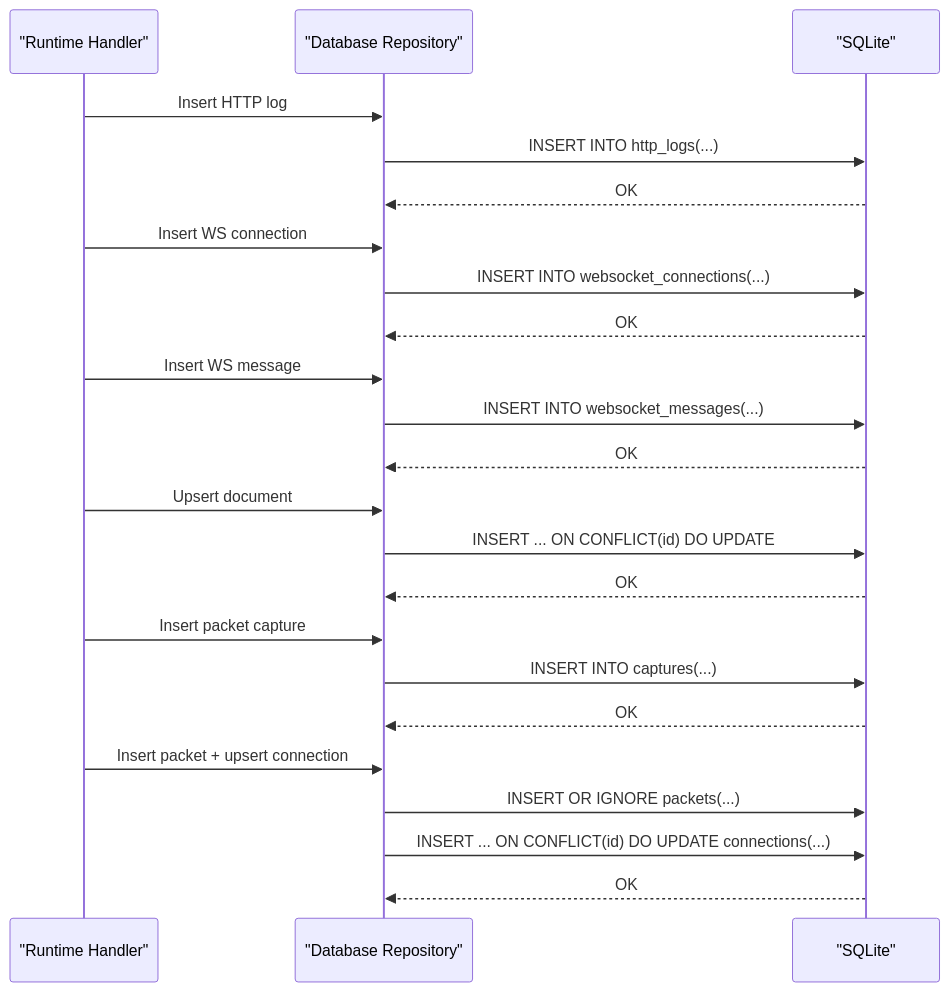
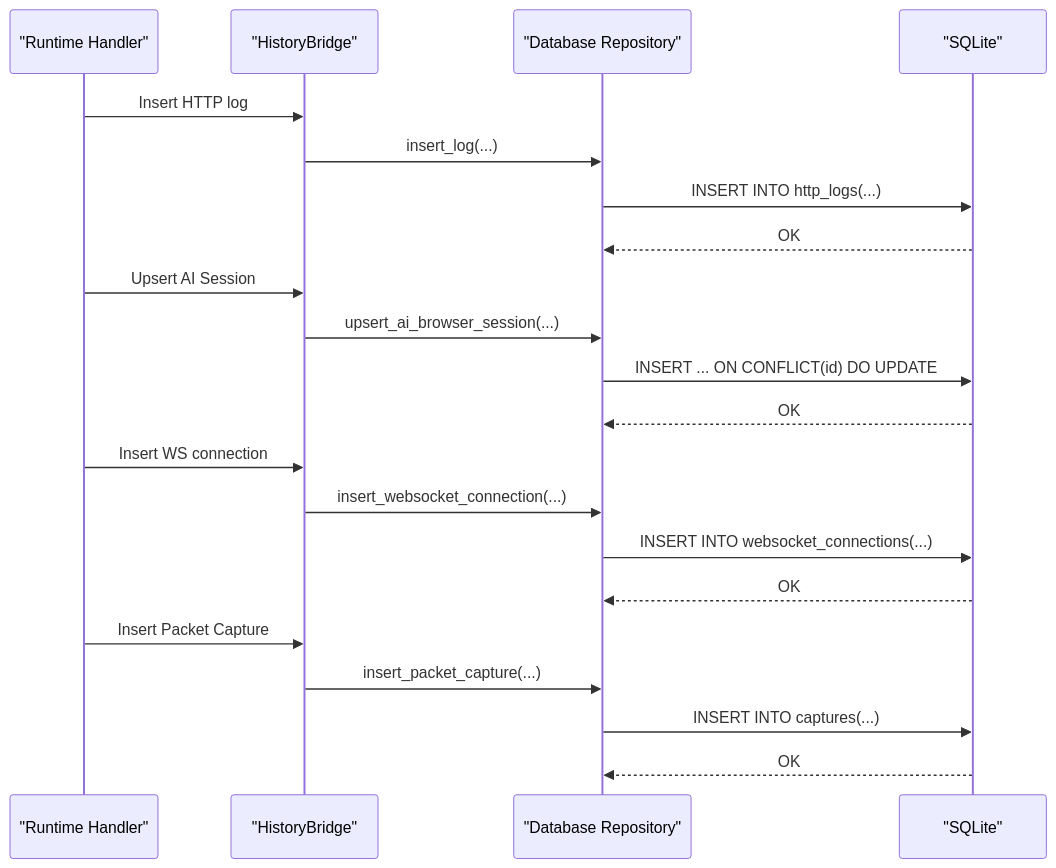
The second of 8 diagrams in .qoder/repowiki/en/content/Database Design/Database Design.md (arhamymr/hexbuffer), drawn with Mermaid before and after one commit. The commit also changed other lines of this file and 21 other files, not shown here.

````diff
--- a/.qoder/repowiki/en/content/Database Design/Database Design.md
+++ b/.qoder/repowiki/en/content/Database Design/Database Design.md
@@ -104,25 +133,23 @@
 ```mermaid
 sequenceDiagram
 participant Runtime as "Runtime Handler"
+participant Bridge as "HistoryBridge"
 participant Repo as "Database Repository"
 participant DB as "SQLite"
-Runtime->>Repo : Insert HTTP log
+Runtime->>Bridge : Insert HTTP log
+Bridge->>Repo : insert_log(...)
 Repo->>DB : INSERT INTO http_logs(...)
 DB-->>Repo : OK
-Runtime->>Repo : Insert WS connection
+Runtime->>Bridge : Upsert AI Session
+Bridge->>Repo : upsert_ai_browser_session(...)
+Repo->>DB : INSERT ... ON CONFLICT(id) DO UPDATE
+DB-->>Repo : OK
+Runtime->>Bridge : Insert WS connection
+Bridge->>Repo : insert_websocket_connection(...)
 Repo->>DB : INSERT INTO websocket_connections(...)
 DB-->>Repo : OK
-Runtime->>Repo : Insert WS message
-Repo->>DB : INSERT INTO websocket_messages(...)
-DB-->>Repo : OK
-Runtime->>Repo : Upsert document
-Repo->>DB : INSERT ... ON CONFLICT(id) DO UPDATE
-DB-->>Repo : OK
-Runtime->>Repo : Insert packet capture
+Runtime->>Bridge : Insert Packet Capture
+Bridge->>Repo : insert_packet_capture(...)
 Repo->>DB : INSERT INTO captures(...)
 DB-->>Repo : OK
-Runtime->>Repo : Insert packet + upsert connection
-Repo->>DB : INSERT OR IGNORE packets(...)
-Repo->>DB : INSERT ... ON CONFLICT(id) DO UPDATE connections(...)
-DB-->>Repo : OK
 ```
````
